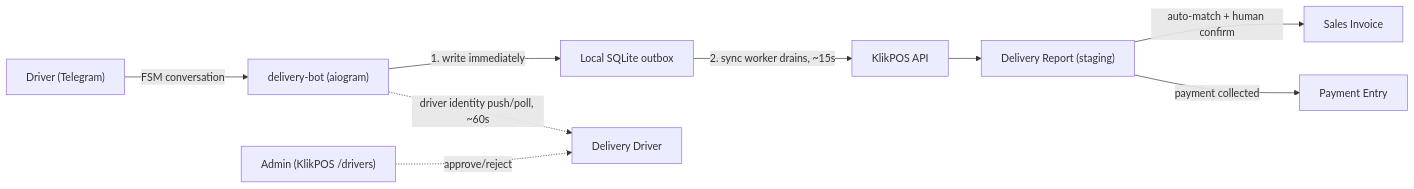
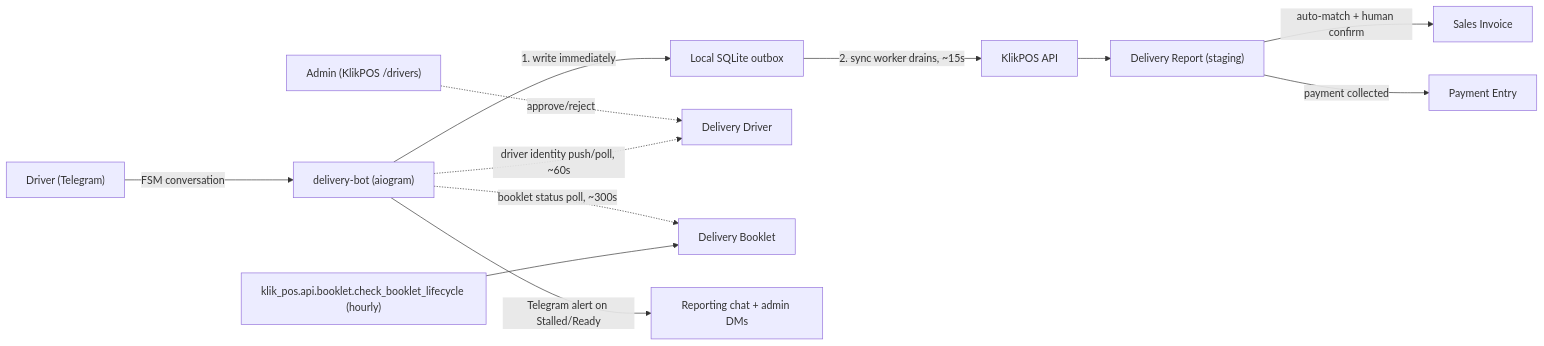
The diagram in DELIVERY_BOT_INTEGRATION.md (taraphirun/KLiK_PoS), drawn with Mermaid before and after one commit. The commit also changed other lines of this file and 24 other files, not shown here.

First line of the commit message:
feat: Delivery Booklet registry + lifecycle (Module 16)

````diff
--- a/DELIVERY_BOT_INTEGRATION.md
+++ b/DELIVERY_BOT_INTEGRATION.md
@@ -23,11 +32,14 @@
 ```mermaid
 graph LR
     Driver["Driver (Telegram)"] -->|FSM conversation| Bot["delivery-bot (aiogram)"]
     Bot -->|1. write immediately| SQLite["Local SQLite outbox"]
     SQLite -->|2. sync worker drains, ~15s| API["KlikPOS API"]
     API --> DR["Delivery Report (staging)"]
     DR -->|auto-match + human confirm| SI["Sales Invoice"]
     DR -->|payment collected| PE["Payment Entry"]
     Bot -.->|driver identity push/poll, ~60s| DD["Delivery Driver"]
     Admin["Admin (KlikPOS /drivers)"] -.->|approve/reject| DD
+    KLB["klik_pos.api.booklet.check_booklet_lifecycle (hourly)"] --> DB["Delivery Booklet"]
+    Bot -.->|booklet status poll, ~300s| DB
+    Bot -->|Telegram alert on Stalled/Ready| TG["Reporting chat + admin DMs"]
 ```
````
